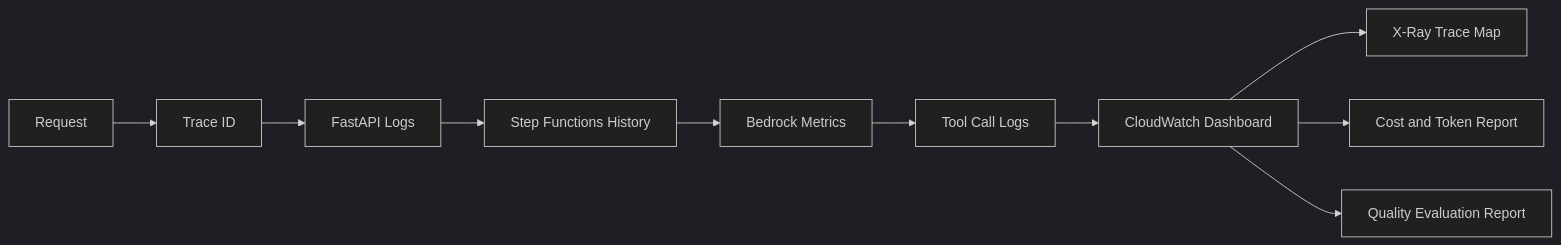
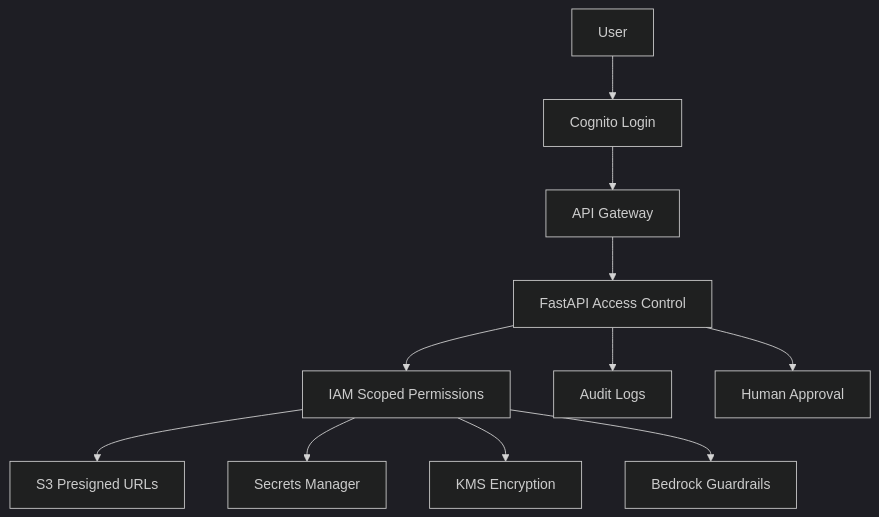
The seventh of 8 diagrams in README.md (SwapnilMundhekar/WebCut.ai-CreativeOps-Agent-Platform), drawn with Mermaid (dark theme) before and after one commit. The commit also changed other lines of this file, not shown here.

````diff
--- a/README.md
+++ b/README.md
@@ -412,12 +433,13 @@
 ```mermaid
-flowchart LR
-    REQ[Request] --> TRACE[Trace ID]
-    TRACE --> API[FastAPI Logs]
-    API --> SFN[Step Functions History]
-    SFN --> BEDROCK[Bedrock Metrics]
-    BEDROCK --> TOOLS[Tool Call Logs]
-    TOOLS --> DASH[CloudWatch Dashboard]
-    DASH --> XRAY[X-Ray Trace Map]
-    DASH --> COST[Cost and Token Report]
-    DASH --> EVAL[Quality Evaluation Report]
+flowchart TD
+    A[User] --> B[Cognito Login]
+    B --> C[API Gateway]
+    C --> D[FastAPI Access Control]
+    D --> E[IAM Scoped Permissions]
+    E --> F[S3 Presigned URLs]
+    E --> G[Secrets Manager]
+    E --> H[KMS Encryption]
+    E --> I[Bedrock Guardrails]
+    D --> J[Audit Logs]
+    D --> K[Human Approval]
 ```
````
